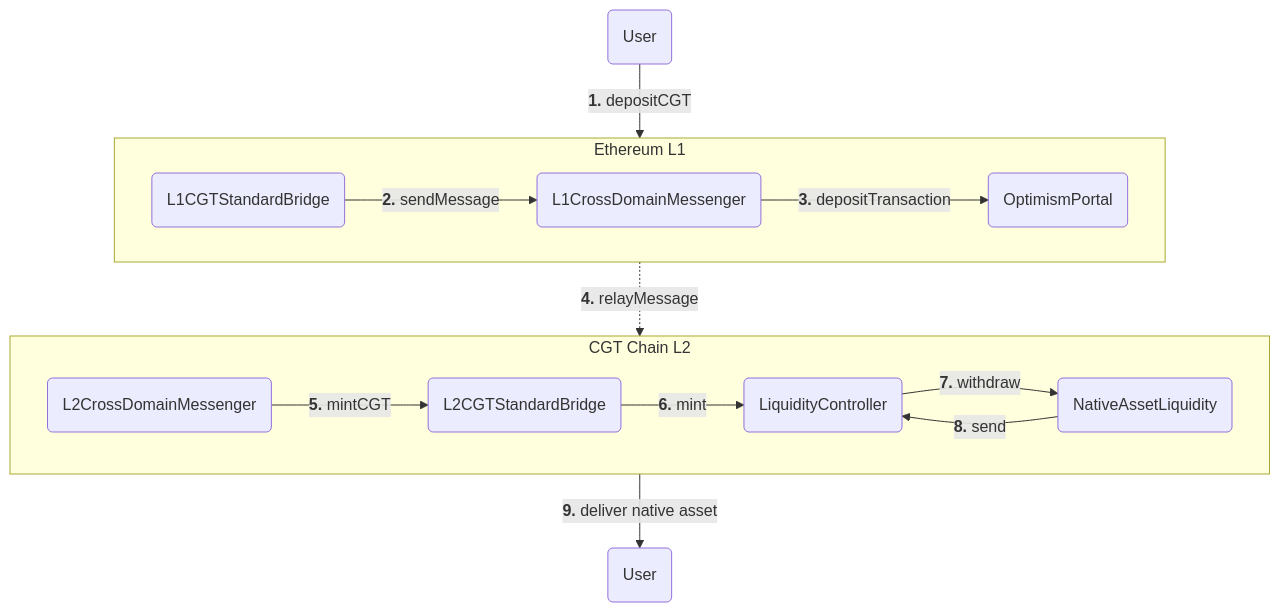
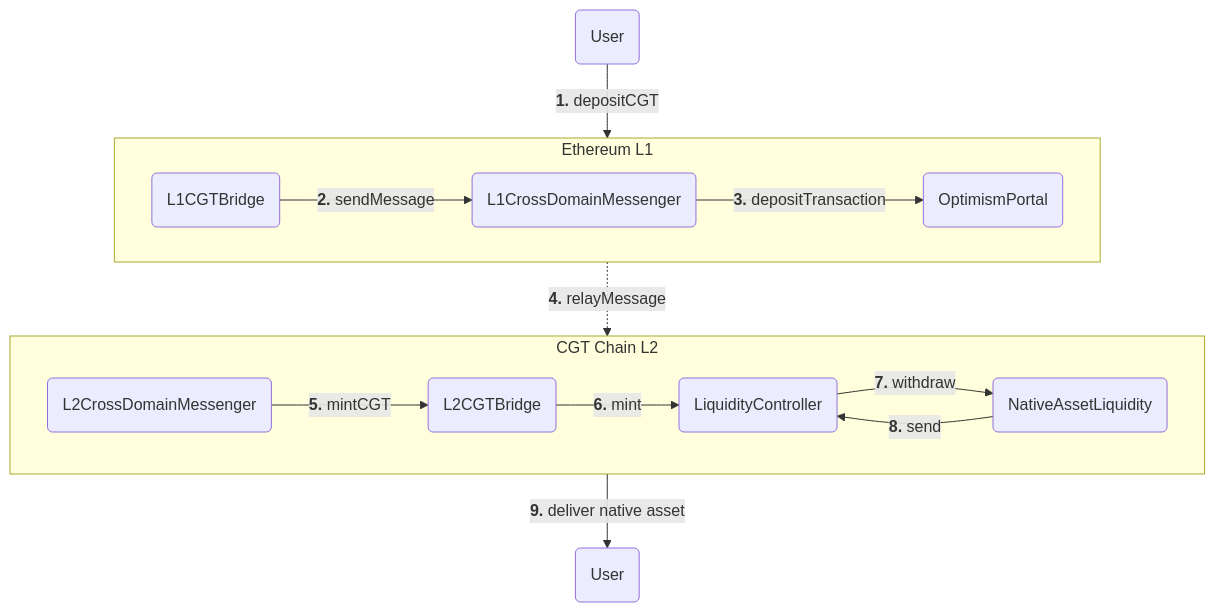
The third of 3 diagrams in protocol/custom-gas-token.md (ethereum-optimism/design-docs), drawn with Mermaid before and after one commit. The commit also changed other lines of this file, not shown here.

Commit message:
docs: add L2CGTBridge as a predeploy without enshrining into an implementation

````diff
--- a/protocol/custom-gas-token.md
+++ b/protocol/custom-gas-token.md
@@ -218,36 +222,36 @@
 ```mermaid
 graph TD
 
     %% -------- External actor --------
     User1(User)
     User2(User)
 
     %% -------- Ethereum L1 (horizontal flow) --------
     subgraph "Ethereum L1"
         direction LR
-        L1Bridge(L1CGTStandardBridge)
+        L1Bridge(L1CGTBridge)
         L1Messenger(L1CrossDomainMessenger)
         OptimismPortal(OptimismPortal)
     end
 
     %% -------- CGT Chain L2 (horizontal flow) --------
     subgraph "CGT Chain L2"
         direction LR
         L2Messenger(L2CrossDomainMessenger)
-        L2Bridge(L2CGTStandardBridge)
+        L2Bridge(L2CGTBridge)
         LiquidityController(LiquidityController)
         NativeAssetLiquidity(NativeAssetLiquidity)
     end
 
     %% -------- Interactions --------
     User1 -->|<b>1.</b> depositCGT| L1Bridge
     L1Bridge -->|<b>2.</b> sendMessage| L1Messenger
     L1Messenger -->|<b>3.</b> depositTransaction| OptimismPortal
     OptimismPortal -.->|<b>4.</b> relayMessage| L2Messenger
     L2Messenger -->|<b>5.</b> mintCGT| L2Bridge
     L2Bridge -->|<b>6.</b> mint| LiquidityController
     LiquidityController -->|<b>7.</b> withdraw| NativeAssetLiquidity
     NativeAssetLiquidity -->|<b>8.</b> send| LiquidityController
     LiquidityController -->|<b>9.</b> deliver native asset| User2
 
 ```
````
